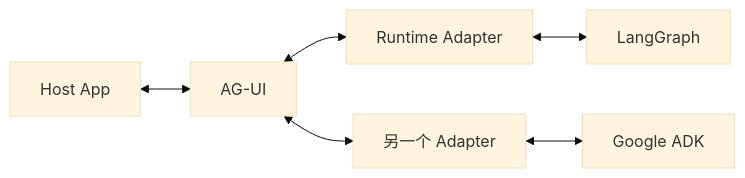
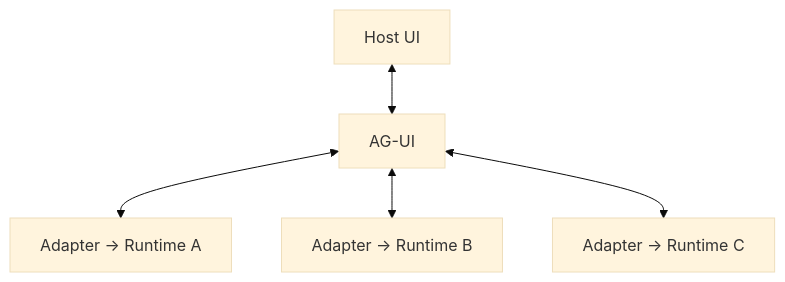
Before and after one commit to Nunchakus888/dossierkit: the third of 12 diagrams in profiles/default/content/zh/notes/ag-ui-a2ui-agent-runtime-generative-ui-ai-native.mdx, drawn with Mermaid (base theme). The commit also changed other lines of this file, not shown here.

```diff
--- a/profiles/default/content/zh/notes/ag-ui-a2ui-agent-runtime-generative-ui-ai-native.mdx
+++ b/profiles/default/content/zh/notes/ag-ui-a2ui-agent-runtime-generative-ui-ai-native.mdx
@@ -237,8 +161,7 @@
 ~~~mermaid
-flowchart LR
-  UI["Host App"] <--> P["AG-UI"]
-  P <--> A["Runtime Adapter"]
-  A <--> R1["LangGraph"]
-  A2["另一个 Adapter"] <--> R2["Google ADK"]
-  P <--> A2
+flowchart TB
+  U["Host UI"] <--> P["AG-UI"]
+  P <--> A1["Adapter → Runtime A"]
+  P <--> A2["Adapter → Runtime B"]
+  P <--> A3["Adapter → Runtime C"]
 ~~~
```
